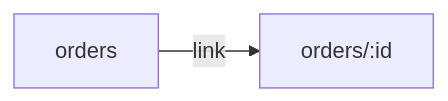
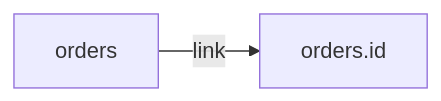
The second of 2 diagrams in tests/Fixtures/matrix/angular-minimal/written/docs/workflows/routes/orders.md (jul6art/devtools), drawn with Mermaid before and after one commit. The commit also changed other lines of this file and 253 other files, not shown here.

````diff
--- a/tests/Fixtures/matrix/angular-minimal/written/docs/workflows/routes/orders.md
+++ b/tests/Fixtures/matrix/angular-minimal/written/docs/workflows/routes/orders.md
@@ -37,6 +34,6 @@
 ```mermaid
 flowchart LR
   n1["orders"]
-  n2["orders/:id"]
+  n2["orders.id"]
   n1 -->|"link"| n2
 ```
````
